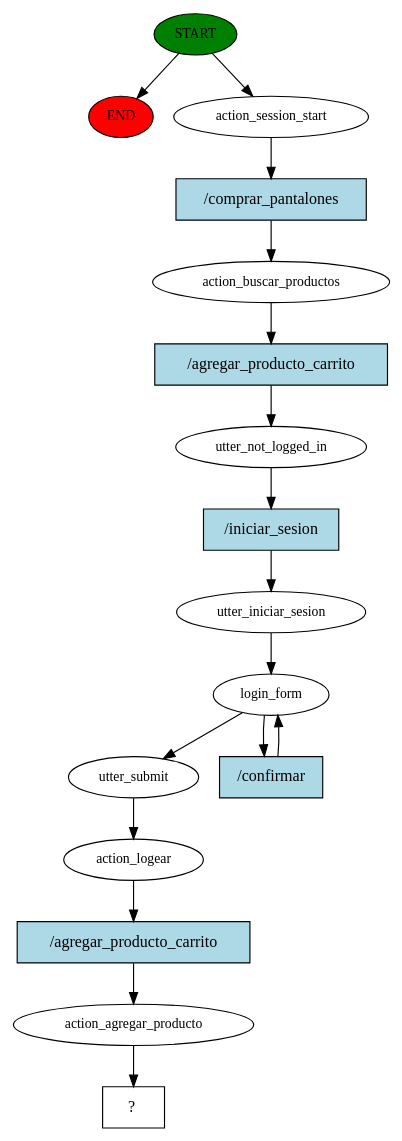
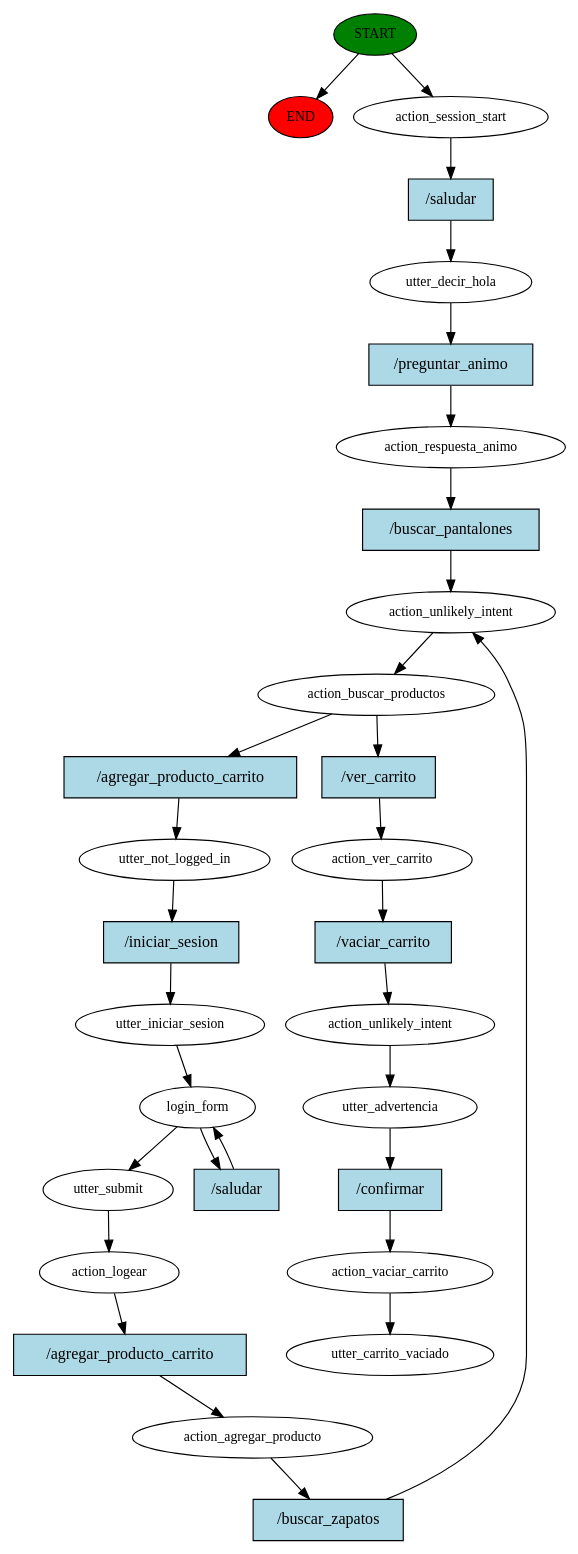
The diagram in story_graph.dot (Daniel45450/chatbot_exploratoria), drawn with Graphviz before and after one commit. The commit also changed 30 other files, not shown here.

Commit message:
agregado: consultar_ofertas, mostrar_carrito, eliminar_producto, vaciar_carrito

```diff
--- a/story_graph.dot
+++ b/story_graph.dot
@@ -1,34 +1,61 @@
 digraph  {
 0 [class="start active", fillcolor=green, fontsize=12, label=START, style=filled];
 "-1" [class=end, fillcolor=red, fontsize=12, label=END, style=filled];
 1 [class=active, fontsize=12, label=action_session_start];
-2 [class=active, fontsize=12, label=action_buscar_productos];
-3 [class=active, fontsize=12, label=utter_not_logged_in];
-4 [class=active, fontsize=12, label=utter_iniciar_sesion];
-5 [class=active, fontsize=12, label=login_form];
-8 [class=active, fontsize=12, label=utter_submit];
-9 [class=active, fontsize=12, label=action_logear];
-10 [class=active, fontsize=12, label=action_agregar_producto];
-11 [class="intent dashed active", label="  ?  ", shape=rect];
-12 [class="intent active", fillcolor=lightblue, label="/comprar_pantalones", shape=rect, style=filled];
-13 [class="intent active", fillcolor=lightblue, label="/agregar_producto_carrito", shape=rect, style=filled];
-14 [class="intent active", fillcolor=lightblue, label="/iniciar_sesion", shape=rect, style=filled];
-15 [class="intent active", fillcolor=lightblue, label="/confirmar", shape=rect, style=filled];
-16 [class="intent active", fillcolor=lightblue, label="/agregar_producto_carrito", shape=rect, style=filled];
+2 [class=active, fontsize=12, label=utter_decir_hola];
+3 [class=active, fontsize=12, label=action_respuesta_animo];
+4 [class=active, fontsize=12, label=action_unlikely_intent];
+5 [class=active, fontsize=12, label=action_buscar_productos];
+6 [class=active, fontsize=12, label=utter_not_logged_in];
+7 [class=active, fontsize=12, label=utter_iniciar_sesion];
+8 [class=active, fontsize=12, label=login_form];
+11 [class=active, fontsize=12, label=utter_submit];
+12 [class=active, fontsize=12, label=action_logear];
+13 [class=active, fontsize=12, label=action_agregar_producto];
+16 [class=active, fontsize=12, label=action_ver_carrito];
+17 [class=active, fontsize=12, label=action_unlikely_intent];
+18 [class=active, fontsize=12, label=utter_advertencia];
+19 [class=active, fontsize=12, label=action_vaciar_carrito];
+20 [class="dashed active", fontsize=12, label=utter_carrito_vaciado];
+21 [class="intent active", fillcolor=lightblue, label="/saludar", shape=rect, style=filled];
+22 [class="intent active", fillcolor=lightblue, label="/preguntar_animo", shape=rect, style=filled];
+23 [class="intent active", fillcolor=lightblue, label="/buscar_pantalones", shape=rect, style=filled];
+24 [class="intent active", fillcolor=lightblue, label="/agregar_producto_carrito", shape=rect, style=filled];
+25 [class="intent active", fillcolor=lightblue, label="/ver_carrito", shape=rect, style=filled];
+26 [class="intent active", fillcolor=lightblue, label="/iniciar_sesion", shape=rect, style=filled];
+27 [class="intent active", fillcolor=lightblue, label="/saludar", shape=rect, style=filled];
+28 [class="intent active", fillcolor=lightblue, label="/agregar_producto_carrito", shape=rect, style=filled];
+29 [class="intent active", fillcolor=lightblue, label="/buscar_zapatos", shape=rect, style=filled];
+30 [class="intent active", fillcolor=lightblue, label="/vaciar_carrito", shape=rect, style=filled];
+31 [class="intent active", fillcolor=lightblue, label="/confirmar", shape=rect, style=filled];
 0 -> "-1"  [class="", key=NONE, label=""];
 0 -> 1  [class=active, key=NONE, label=""];
-1 -> 12  [class=active, key=0];
-2 -> 13  [class=active, key=0];
-3 -> 14  [class=active, key=0];
+1 -> 21  [class=active, key=0];
+2 -> 22  [class=active, key=0];
+3 -> 23  [class=active, key=0];
 4 -> 5  [class=active, key=NONE, label=""];
-5 -> 8  [class=active, key=NONE, label=""];
-5 -> 15  [class=active, key=0];
-8 -> 9  [class=active, key=NONE, label=""];
-9 -> 16  [class=active, key=0];
-10 -> 11  [class=active, key=NONE, label=""];
-12 -> 2  [class=active, key=0];
-13 -> 3  [class=active, key=0];
-14 -> 4  [class=active, key=0];
-15 -> 5  [class=active, key=0];
-16 -> 10  [class=active, key=0];
+5 -> 24  [class=active, key=0];
+5 -> 25  [class=active, key=0];
+6 -> 26  [class=active, key=0];
+7 -> 8  [class=active, key=NONE, label=""];
+8 -> 11  [class=active, key=NONE, label=""];
+8 -> 27  [class=active, key=0];
+11 -> 12  [class=active, key=NONE, label=""];
+12 -> 28  [class=active, key=0];
+13 -> 29  [class=active, key=0];
+16 -> 30  [class=active, key=0];
+17 -> 18  [class=active, key=NONE, label=""];
+18 -> 31  [class=active, key=0];
+19 -> 20  [class=active, key=NONE, label=""];
+21 -> 2  [class=active, key=0];
+22 -> 3  [class=active, key=0];
+23 -> 4  [class=active, key=0];
+24 -> 6  [class=active, key=0];
+25 -> 16  [class=active, key=0];
+26 -> 7  [class=active, key=0];
+27 -> 8  [class=active, key=0];
+28 -> 13  [class=active, key=0];
+29 -> 4  [class=active, key=0];
+30 -> 17  [class=active, key=0];
+31 -> 19  [class=active, key=0];
 }
```
